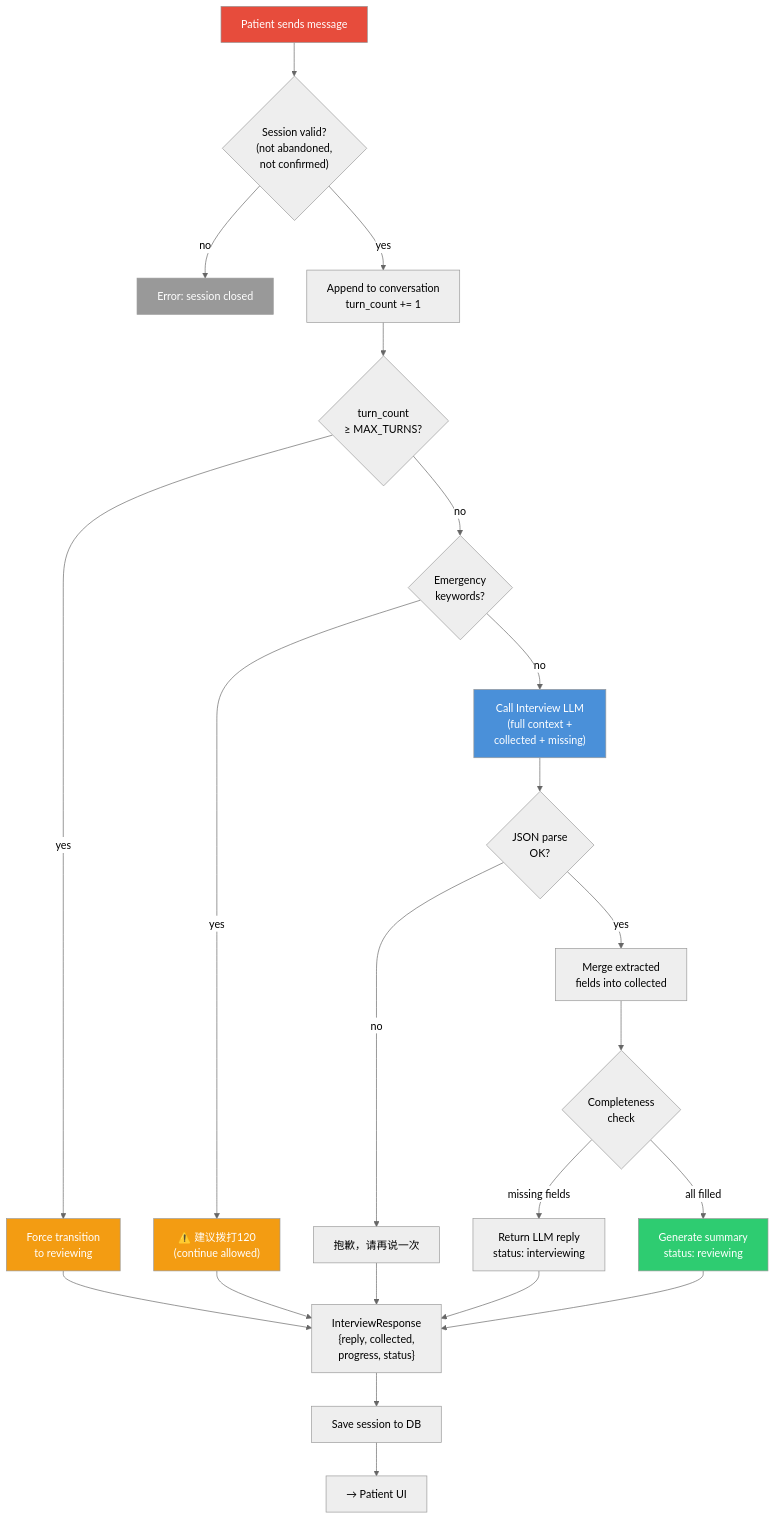
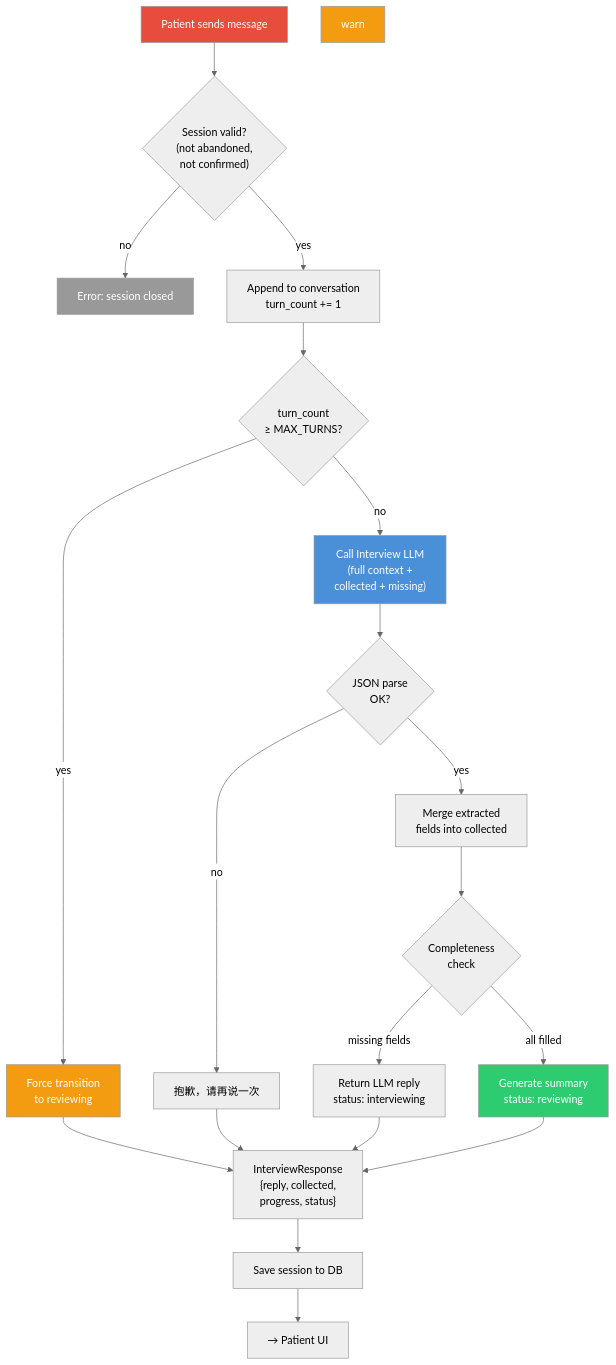
The fourth of 10 diagrams in docs/adr/0016-architecture-diagram.md (moments8890/doctor-ai-agent), drawn with Mermaid (neutral theme) before and after one commit. The commit also changed 2 other files, not shown here.

Commit message:
docs: defer emergency keyword detection to later phase
Remove emergency keyword check from interview turn flow, ADR 0016,
and architecture diagrams. Added to deferred scope list.

````diff
--- a/docs/adr/0016-architecture-diagram.md
+++ b/docs/adr/0016-architecture-diagram.md
@@ -135,42 +135,38 @@
 ```mermaid
 flowchart TD
     input["Patient sends message"]
     input --> validate{"Session valid?<br/>(not abandoned,<br/>not confirmed)"}
     validate -->|no| error["Error: session closed"]
 
     validate -->|yes| append["Append to conversation<br/>turn_count += 1"]
 
     append --> turn_limit{"turn_count<br/>≥ MAX_TURNS?"}
     turn_limit -->|yes| force_review["Force transition<br/>to reviewing"]
 
-    turn_limit -->|no| emergency{"Emergency<br/>keywords?"}
-    emergency -->|yes| warn["⚠️ 建议拨打120<br/>(continue allowed)"]
-
-    emergency -->|no| llm_call["Call Interview LLM<br/>(full context +<br/>collected + missing)"]
+    turn_limit -->|no| llm_call["Call Interview LLM<br/>(full context +<br/>collected + missing)"]
 
     llm_call --> parse{"JSON parse<br/>OK?"}
     parse -->|no| fallback["抱歉，请再说一次"]
 
     parse -->|yes| merge["Merge extracted<br/>fields into collected"]
 
     merge --> complete{"Completeness<br/>check"}
 
     complete -->|"missing fields"| reply["Return LLM reply<br/>status: interviewing"]
     complete -->|"all filled"| review["Generate summary<br/>status: reviewing"]
 
     force_review --> response["InterviewResponse<br/>{reply, collected,<br/>progress, status}"]
-    warn --> response
     fallback --> response
     reply --> response
     review --> response
 
     response --> save["Save session to DB"]
     save --> patient_ui["→ Patient UI"]
 
     style input fill:#e74c3c,color:#fff
     style llm_call fill:#4a90d9,color:#fff
     style review fill:#2ecc71,color:#fff
     style force_review fill:#f39c12,color:#fff
     style warn fill:#f39c12,color:#fff
     style error fill:#999,color:#fff
 ```
````
